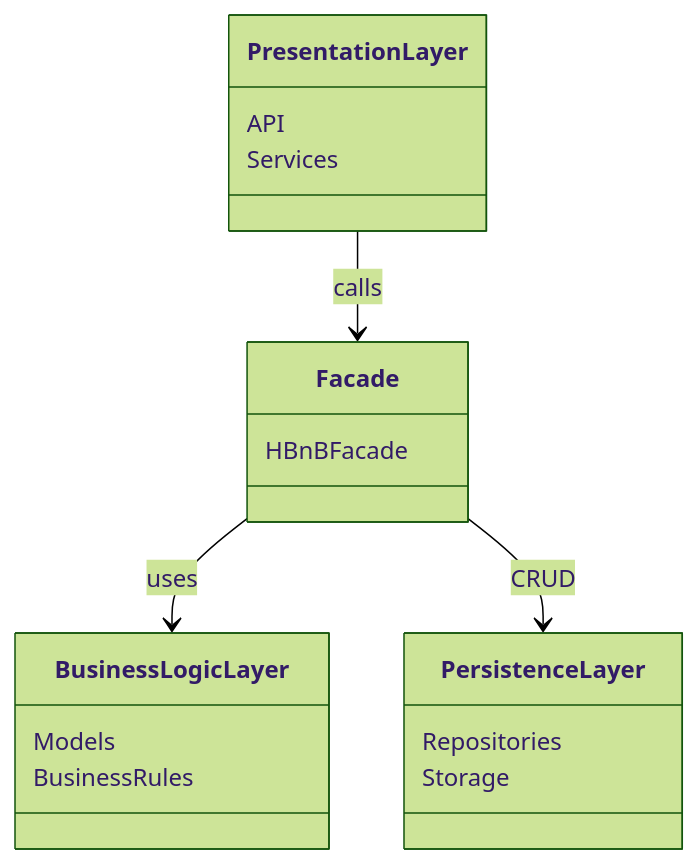
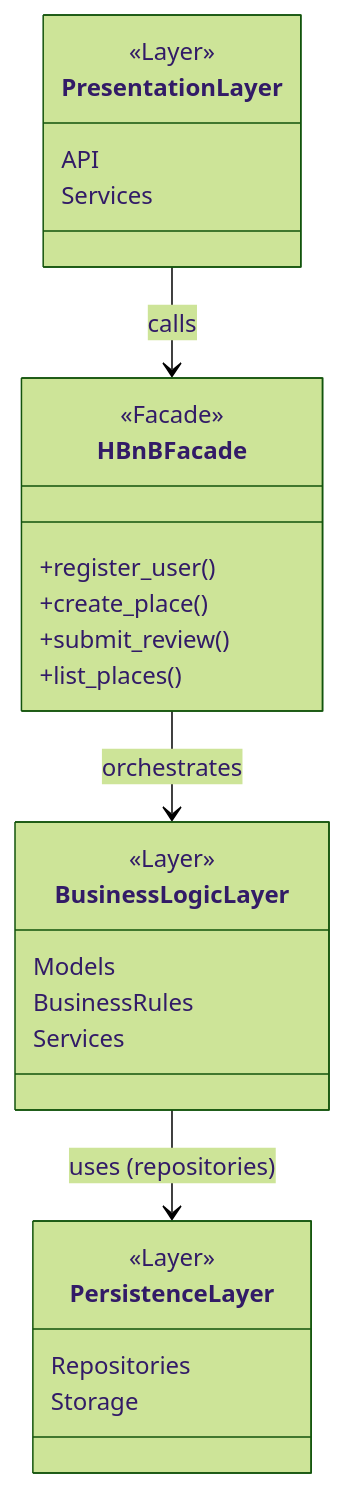
Before and after one commit to Aythann/holbertonschool-hbnb: the diagram in part1/01_architecture.mmd, drawn with Mermaid (forest theme).

Commit message:
Update architecture file

```diff
--- a/part1/01_architecture.mmd
+++ b/part1/01_architecture.mmd
@@ -1,24 +1,32 @@
 classDiagram
 
 class PresentationLayer {
+  <<Layer>>
   API
   Services
 }
 
-class Facade {
-  HBnBFacade
+class HBnBFacade {
+  <<Facade>>
+  +register_user()
+  +create_place()
+  +submit_review()
+  +list_places()
 }
 
 class BusinessLogicLayer {
+  <<Layer>>
   Models
   BusinessRules
+  Services
 }
 
 class PersistenceLayer {
+  <<Layer>>
   Repositories
   Storage
 }
 
-PresentationLayer --> Facade : calls
-Facade --> BusinessLogicLayer : uses
-Facade --> PersistenceLayer : CRUD
+PresentationLayer --> HBnBFacade : calls
+HBnBFacade --> BusinessLogicLayer : orchestrates
+BusinessLogicLayer --> PersistenceLayer : uses (repositories)
```
